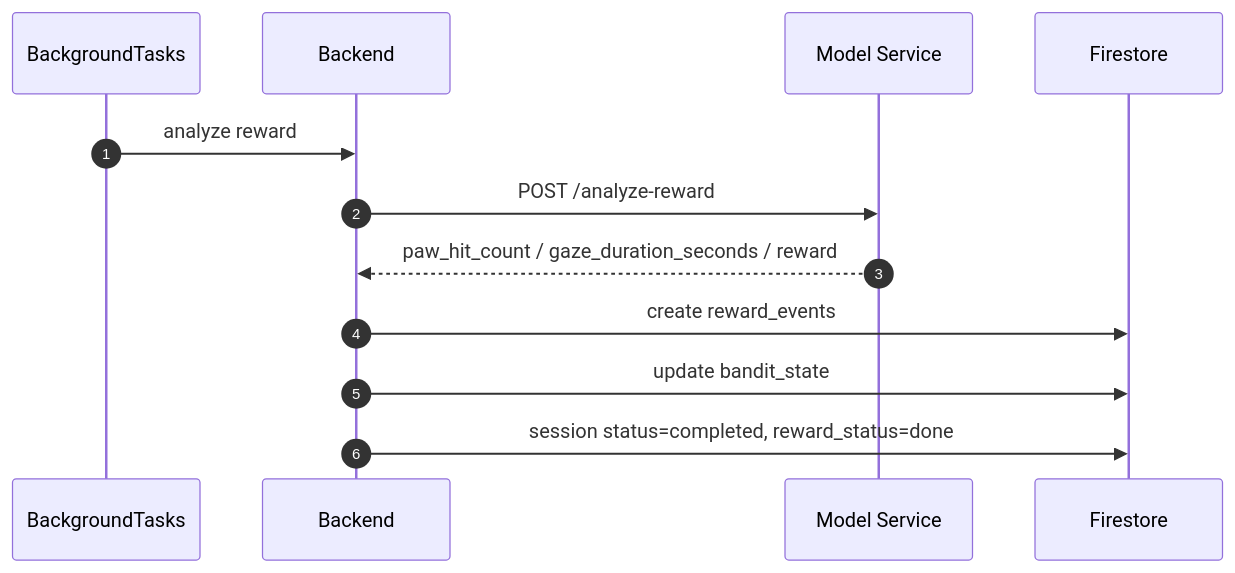
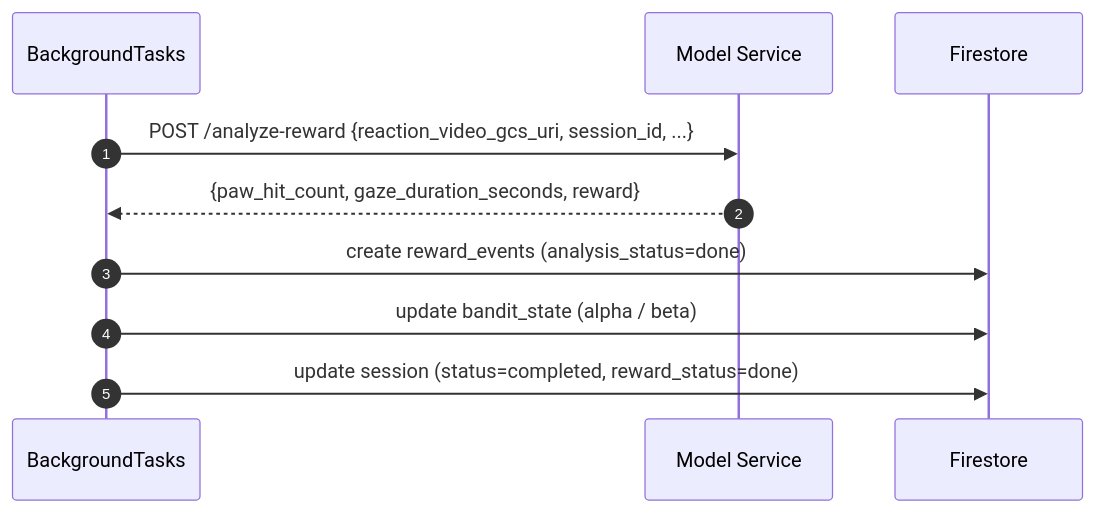
Before and after one commit to soy-sorce/tea-pillar: the fourth of 8 diagrams in docs/ja/INFRASTRUCTURE.md, drawn with Mermaid. The commit also changed other lines of this file and 4 other files, not shown here.

````diff
--- a/docs/ja/INFRASTRUCTURE.md
+++ b/docs/ja/INFRASTRUCTURE.md
@@ -171,15 +150,13 @@
 ```mermaid
 sequenceDiagram
     autonumber
     participant BG as BackgroundTasks
-    participant BE as Backend
     participant MS as Model Service
     participant FS as Firestore
 
-    BG->>BE: analyze reward
-    BE->>MS: POST /analyze-reward
-    MS-->>BE: paw_hit_count / gaze_duration_seconds / reward
-    BE->>FS: create reward_events
-    BE->>FS: update bandit_state
-    BE->>FS: session status=completed, reward_status=done
+    BG->>MS: POST /analyze-reward {reaction_video_gcs_uri, session_id, ...}
+    MS-->>BG: {paw_hit_count, gaze_duration_seconds, reward}
+    BG->>FS: create reward_events (analysis_status=done)
+    BG->>FS: update bandit_state (alpha / beta)
+    BG->>FS: update session (status=completed, reward_status=done)
 ```
````
